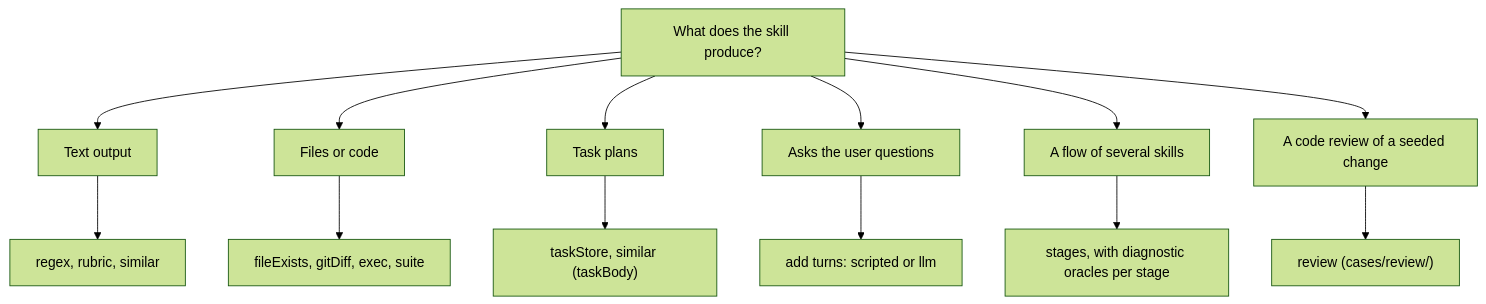
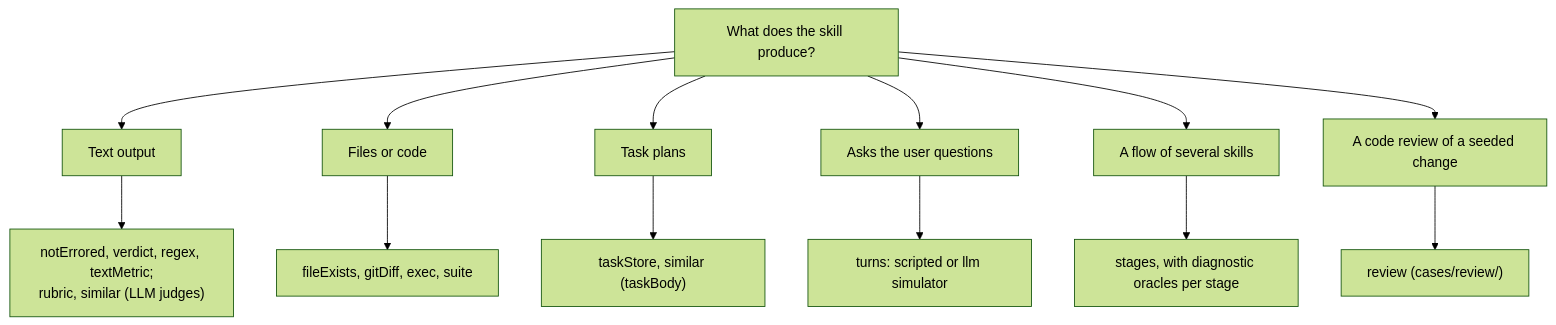
Before and after one commit to rse/ase-eval: the eighth of 8 diagrams in ARCHITECTURE.md, drawn with Mermaid (forest theme). The commit also changed other lines of this file and 17 other files, not shown here.

````diff
--- a/ARCHITECTURE.md
+++ b/ARCHITECTURE.md
@@ -107,10 +150,10 @@
 ```mermaid
 flowchart TD
     Q["What does the skill produce?"]
-    Q --> T["Text output"] --> T1["regex, rubric, similar"]
+    Q --> T["Text output"] --> T1["notErrored, verdict, regex, textMetric;<br/>rubric, similar (LLM judges)"]
     Q --> F["Files or code"] --> F1["fileExists, gitDiff, exec, suite"]
     Q --> P["Task plans"] --> P1["taskStore, similar (taskBody)"]
-    Q --> I["Asks the user questions"] --> I1["add turns: scripted or llm"]
+    Q --> I["Asks the user questions"] --> I1["turns: scripted or llm simulator"]
     Q --> S["A flow of several skills"] --> S1["stages, with diagnostic oracles per stage"]
     Q --> R["A code review of a seeded change"] --> R1["review (cases/review/)"]
 ```
````
